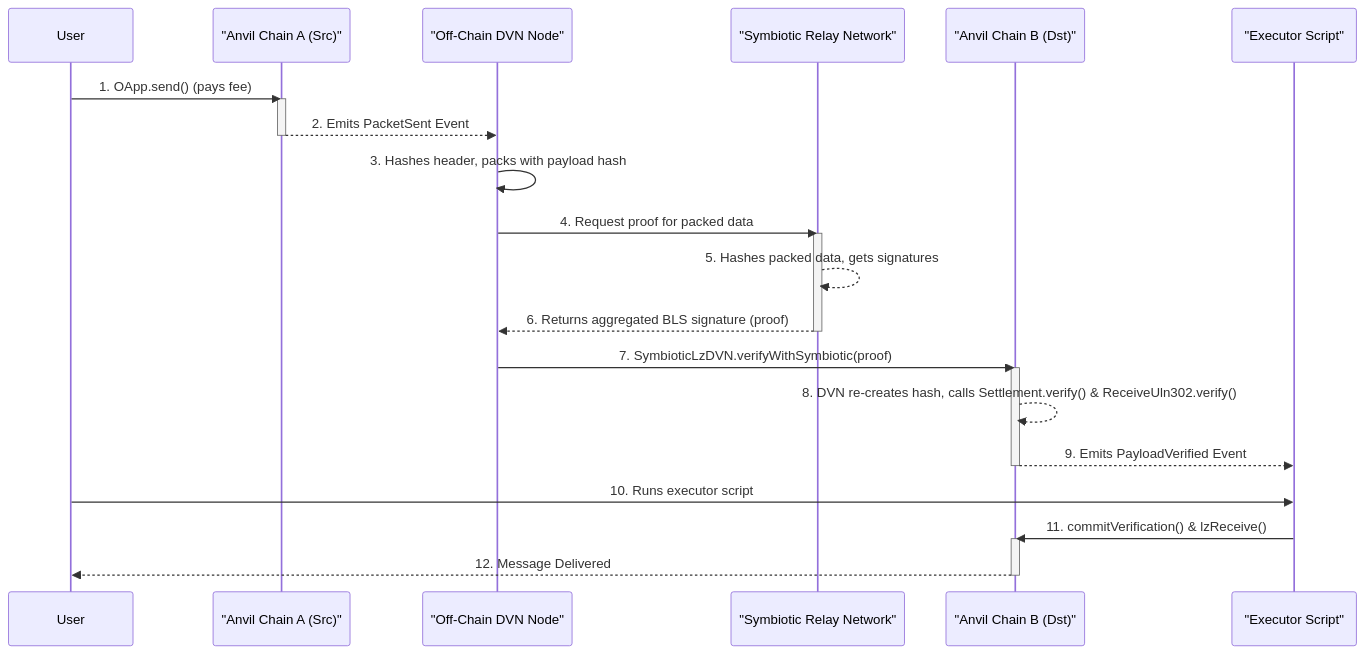
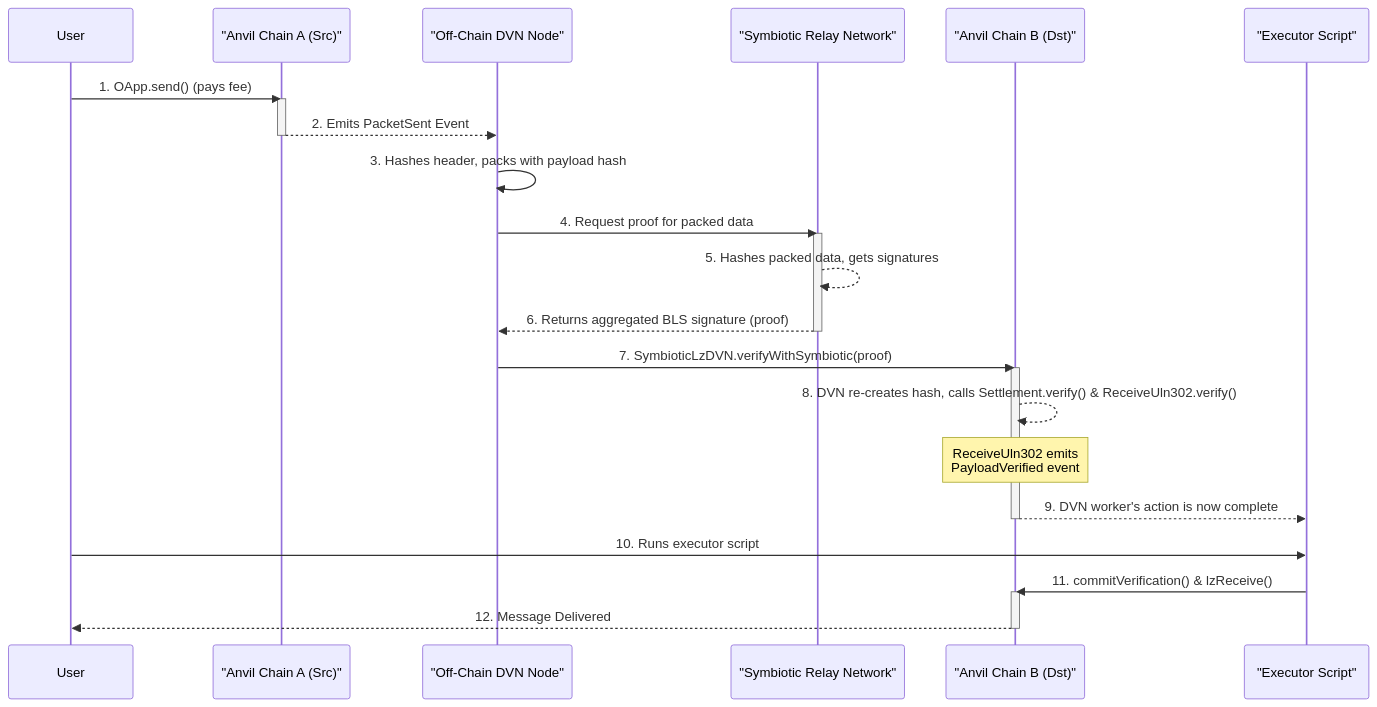
The diagram in README.md (gaib-ai/symbiotic-super-sum), drawn with Mermaid before and after one commit. The commit also changed other lines of this file, not shown here.

````diff
--- a/README.md
+++ b/README.md
@@ -46,33 +46,34 @@
 ```mermaid
 sequenceDiagram
     participant User
     participant ChainA as "Anvil Chain A (Src)"
     participant dvn-node as "Off-Chain DVN Node"
     participant relay-network as "Symbiotic Relay Network"
     participant ChainB as "Anvil Chain B (Dst)"
     participant Executor as "Executor Script"
 
     User->>ChainA: 1. OApp.send() (pays fee)
     activate ChainA
     ChainA-->>dvn-node: 2. Emits PacketSent Event
     deactivate ChainA
 
     dvn-node->>dvn-node: 3. Hashes header, packs with payload hash
     dvn-node->>relay-network: 4. Request proof for packed data
     activate relay-network
     relay-network-->>relay-network: 5. Hashes packed data, gets signatures
     relay-network-->>dvn-node: 6. Returns aggregated BLS signature (proof)
     deactivate relay-network
     
     dvn-node->>ChainB: 7. SymbioticLzDVN.verifyWithSymbiotic(proof)
     activate ChainB
     ChainB-->>ChainB: 8. DVN re-creates hash, calls Settlement.verify() & ReceiveUln302.verify()
-    ChainB-->>Executor: 9. Emits PayloadVerified Event
+    Note over ChainB: ReceiveUln302 emits <br/> PayloadVerified event
+    ChainB-->>Executor: 9. DVN worker's action is now complete
     deactivate ChainB
 
     User->>Executor: 10. Runs executor script
     Executor->>ChainB: 11. commitVerification() & lzReceive()
     activate ChainB
     ChainB-->>User: 12. Message Delivered
     deactivate ChainB
 ```
````
